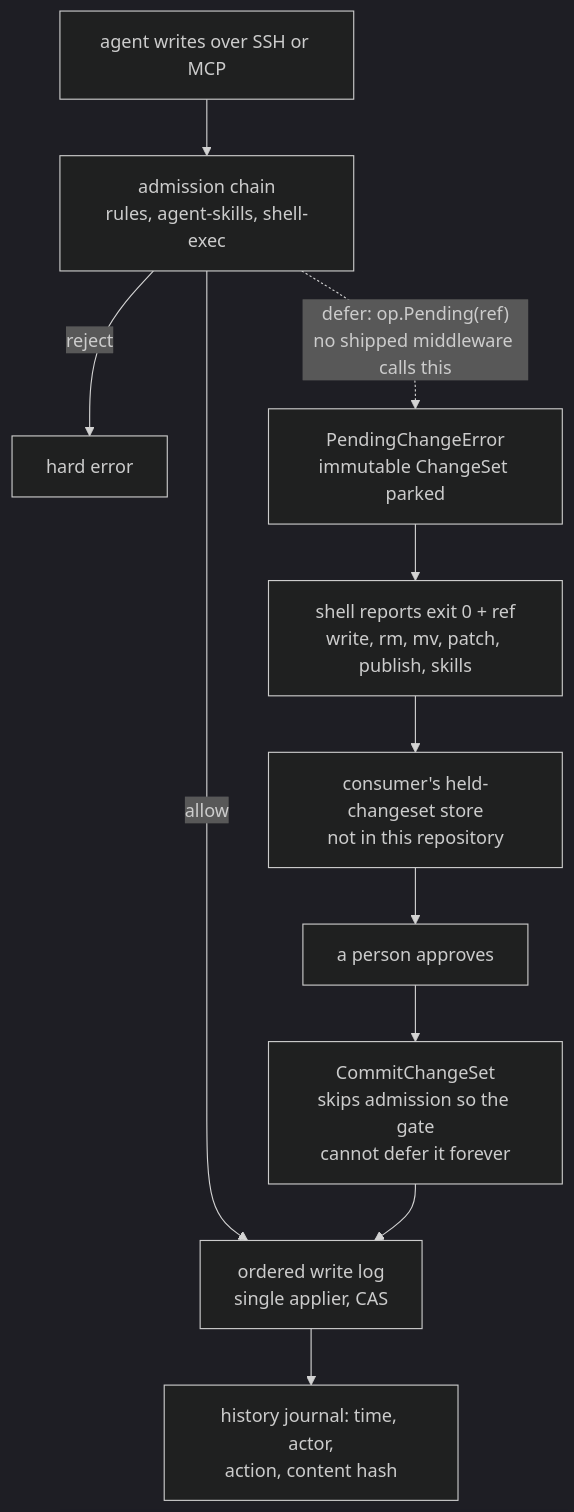
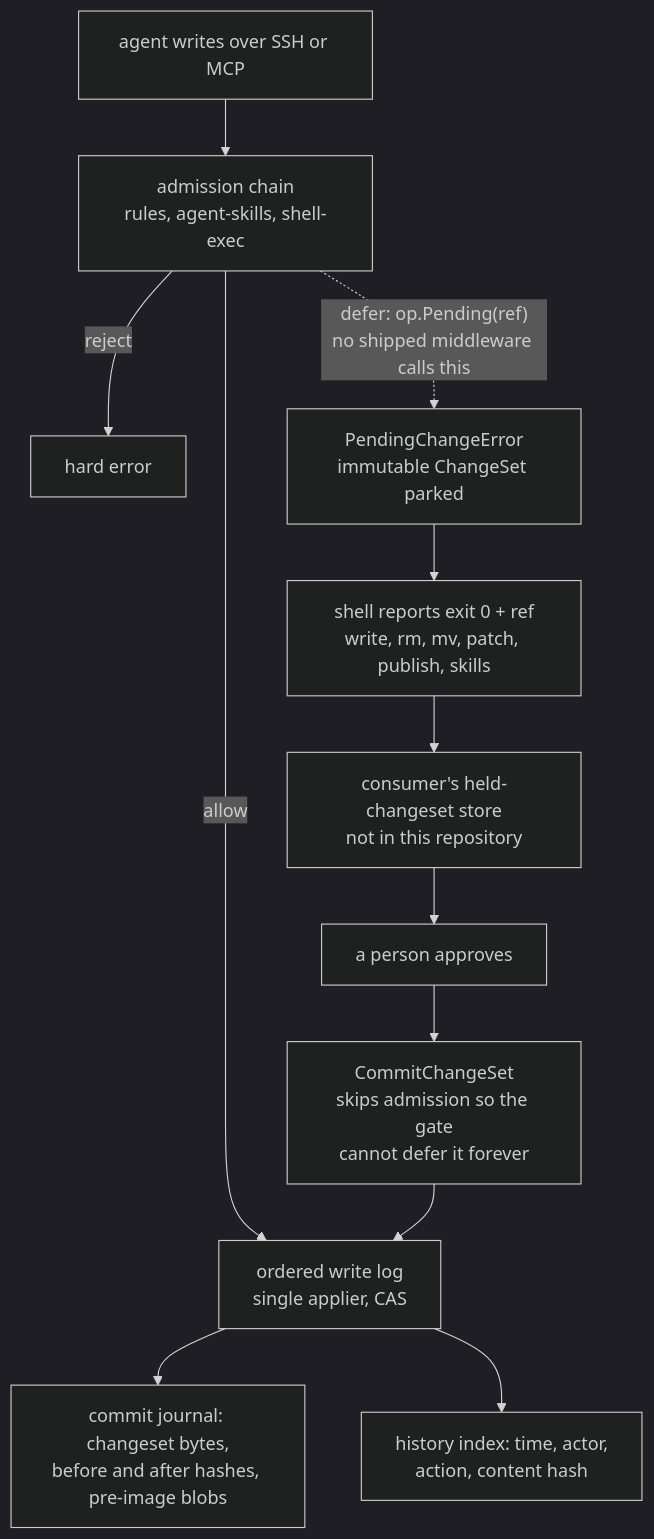
One commit to neoneye/agent-memory-atlas changed the diagram in content/systems/openlore.md. Above: the diagram before and after it, drawn with Mermaid (dark theme). The commit also changed other lines of this file and 10 other files, not shown here.

````diff
--- a/content/systems/openlore.md
+++ b/content/systems/openlore.md
@@ -103,14 +122,15 @@
 ```mermaid
 %% caption: the deferral path is built end to end — park, report, resume, guard against re-admission — and the only thing that can enter it is a middleware calling Pending, which nothing outside the test files does
 flowchart TD
     A["agent writes over SSH or MCP"] --> B["admission chain<br/>rules, agent-skills, shell-exec"]
     B -->|"allow"| C["ordered write log<br/>single applier, CAS"]
     B -->|"reject"| D["hard error"]
     B -.->|"defer: op.Pending(ref)<br/>no shipped middleware calls this"| E["PendingChangeError<br/>immutable ChangeSet parked"]
     E --> F["shell reports exit 0 + ref<br/>write, rm, mv, patch, publish, skills"]
     F --> G["consumer's held-changeset store<br/>not in this repository"]
     G --> H["a person approves"]
     H --> I["CommitChangeSet<br/>skips admission so the gate<br/>cannot defer it forever"]
     I --> C
-    C --> J["history journal: time, actor,<br/>action, content hash"]
+    C --> J["commit journal: changeset bytes,<br/>before and after hashes, pre-image blobs"]
+    C --> K["history index: time, actor,<br/>action, content hash"]
 ```
````
